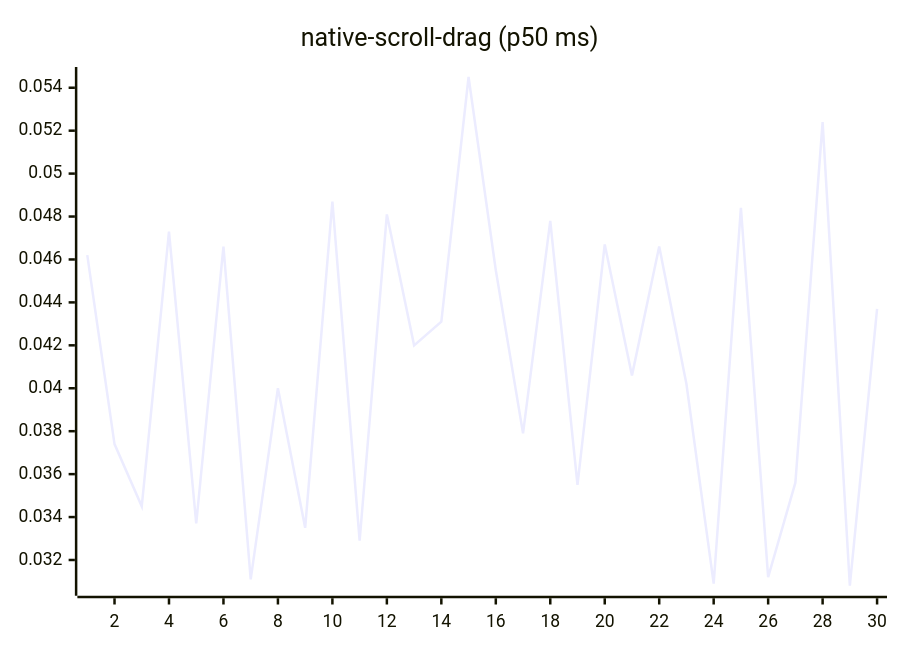
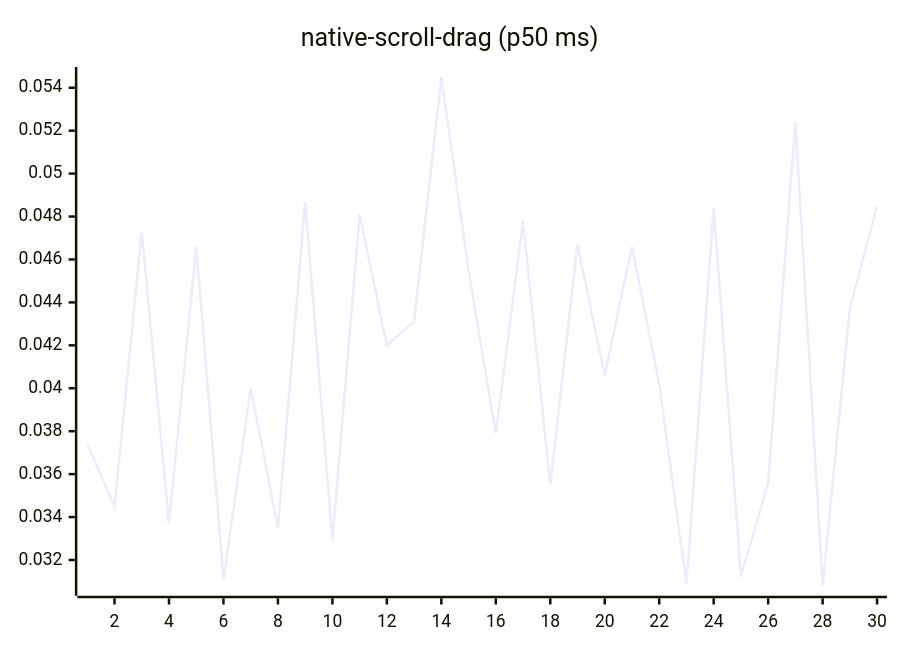
Diagram 14 of 27 in README.md (josha/Facet), drawn with Mermaid before and after one commit. The commit also changed other lines of this file and 2 other files, not shown here.

````diff
--- a/README.md
+++ b/README.md
@@ -154,6 +154,6 @@
 ```mermaid
 xychart-beta
     title "native-scroll-drag (p50 ms)"
     x-axis 1 --> 30
-    line [0.0462, 0.0374, 0.0345, 0.0473, 0.0337, 0.0466, 0.0311, 0.0400, 0.0335, 0.0487, 0.0329, 0.0481, 0.0420, 0.0431, 0.0545, 0.0455, 0.0379, 0.0478, 0.0355, 0.0467, 0.0406, 0.0466, 0.0402, 0.0309, 0.0484, 0.0312, 0.0356, 0.0524, 0.0308, 0.0437]
+    line [0.0374, 0.0345, 0.0473, 0.0337, 0.0466, 0.0311, 0.0400, 0.0335, 0.0487, 0.0329, 0.0481, 0.0420, 0.0431, 0.0545, 0.0455, 0.0379, 0.0478, 0.0355, 0.0467, 0.0406, 0.0466, 0.0402, 0.0309, 0.0484, 0.0312, 0.0356, 0.0524, 0.0308, 0.0437, 0.0485]
 ```
````
